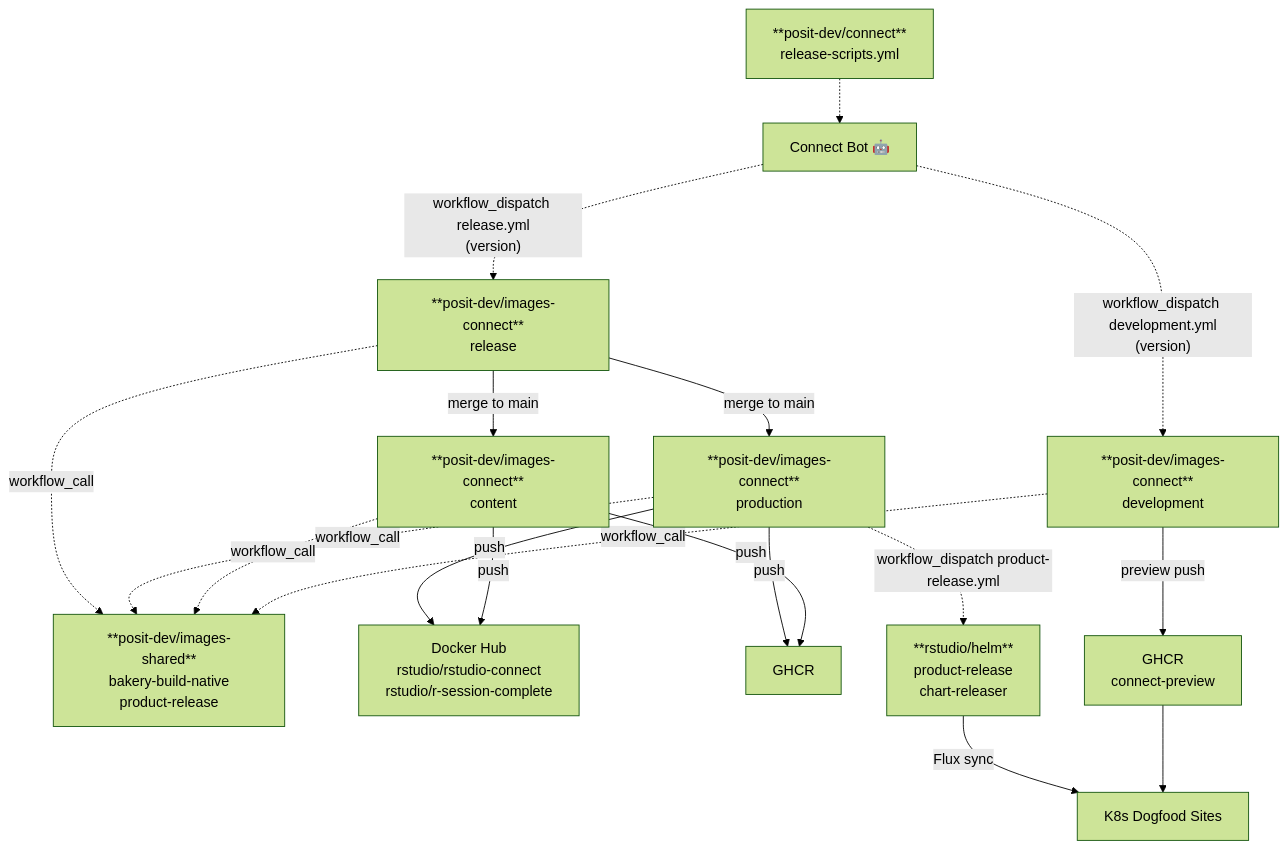
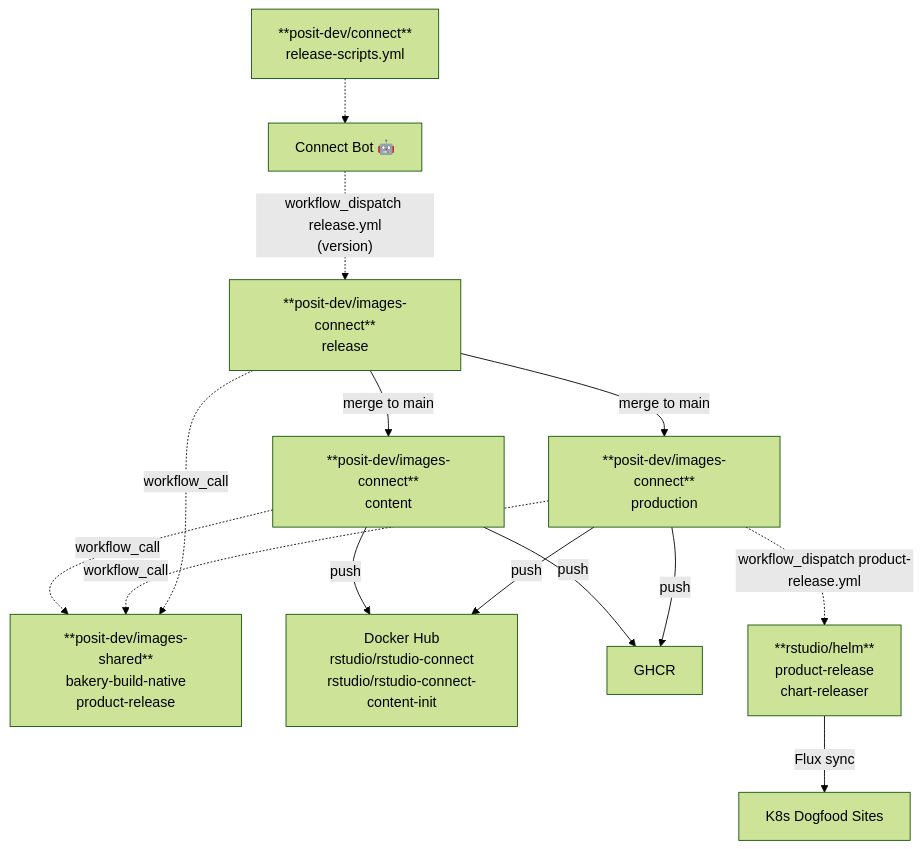
Before and after one commit to posit-dev/images-shared: the fourth of 9 diagrams in docs/cross-repo-dag.md, drawn with Mermaid (forest theme). The commit also changed other lines of this file, not shown here.

First line of the commit message:
Split per-product diagrams and fix consistency

````diff
--- a/docs/cross-repo-dag.md
+++ b/docs/cross-repo-dag.md
@@ -149,43 +151,35 @@
 ```mermaid
 graph TD
     PROD["**posit-dev/connect**<br/>release-scripts.yml"]
     BOT["Connect Bot 🤖"]
 
     PROD -.-> BOT
-
     BOT -.->|"workflow_dispatch release.yml<br/>(version)"| IMG_RELEASE
-    BOT -.->|"workflow_dispatch development.yml<br/>(version)"| IMG_DEV
 
     SHARED["**posit-dev/images-shared**<br/>bakery-build-native<br/>product-release"]
 
     IMG_RELEASE["**posit-dev/images-connect**<br/>release"]
     IMG_PROD["**posit-dev/images-connect**<br/>production"]
     IMG_CONTENT["**posit-dev/images-connect**<br/>content"]
-    IMG_DEV["**posit-dev/images-connect**<br/>development"]
 
     IMG_RELEASE -.->|workflow_call| SHARED
     IMG_PROD -.->|workflow_call| SHARED
     IMG_CONTENT -.->|workflow_call| SHARED
-    IMG_DEV -.->|workflow_call| SHARED
 
     IMG_RELEASE -->|"merge to main"| IMG_PROD
     IMG_RELEASE -->|"merge to main"| IMG_CONTENT
 
     IMG_PROD -->|push| DOCKERHUB
     IMG_PROD -->|push| GHCR
     IMG_CONTENT -->|push| DOCKERHUB
     IMG_CONTENT -->|push| GHCR
-    IMG_DEV -->|preview push| GHCR_PREVIEW
 
-    DOCKERHUB["Docker Hub<br/>rstudio/rstudio-connect<br/>rstudio/r-session-complete"]
+    DOCKERHUB["Docker Hub<br/>rstudio/rstudio-connect<br/>rstudio/rstudio-connect-content-init"]
     GHCR["GHCR"]
-    GHCR_PREVIEW["GHCR<br/>connect-preview"]
 
     IMG_PROD -.->|"workflow_dispatch product-release.yml"| HELM
     HELM["**rstudio/helm**<br/>product-release<br/>chart-releaser"]
     HELM -->|Flux sync| K8S
 
-    GHCR_PREVIEW --> K8S
-
     K8S["K8s Dogfood Sites"]
 ```
````
